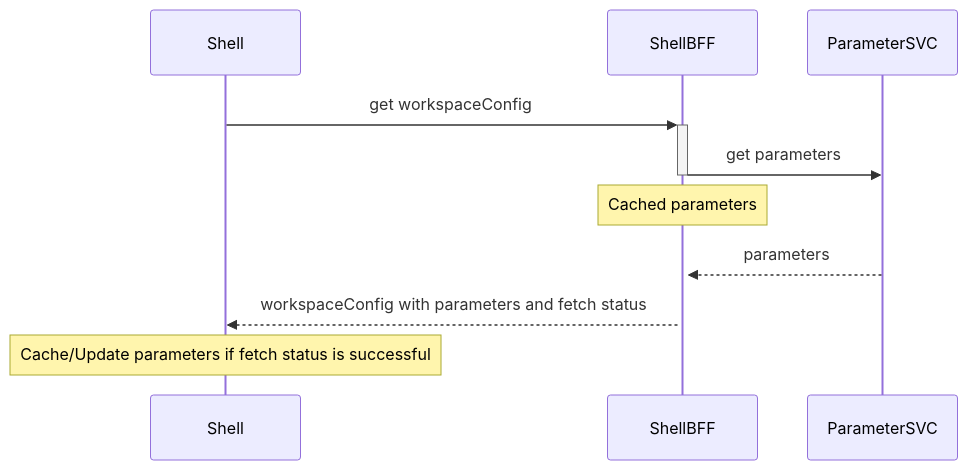
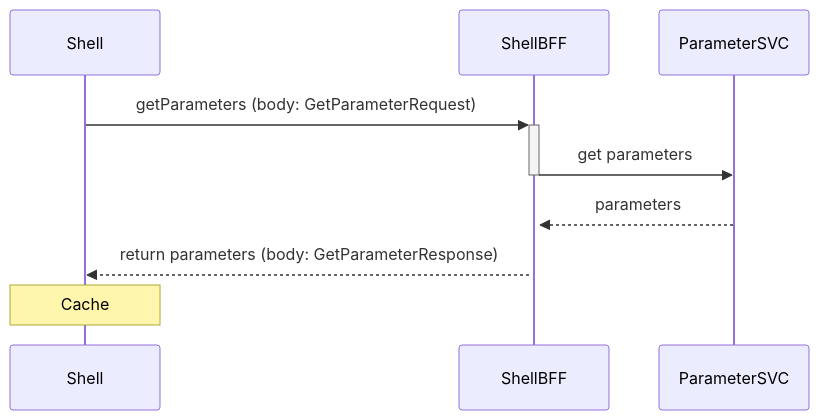
The diagram in docs/modules/general/pages/concept.adoc (onecx/onecx-parameter), drawn with Mermaid before and after one commit. The commit also changed other lines of this file, not shown here.

```diff
--- a/docs/modules/general/pages/concept.adoc
+++ b/docs/modules/general/pages/concept.adoc
@@ -11,10 +16,9 @@
 [mermaid]
 ....
  sequenceDiagram
-    Shell->>+ShellBFF: get workspaceConfig
+    Shell->>+ShellBFF: getParameters (body: GetParameterRequest)
     ShellBFF->>-ParameterSVC: get parameters
-    Note over ShellBFF: Cached parameters
     ParameterSVC-->>+ShellBFF: parameters
-    ShellBFF-->>Shell: workspaceConfig with parameters and fetch status
-    Note over Shell: Cache/Update parameters if fetch status is successful 
+    ShellBFF-->>Shell: return parameters (body: GetParameterResponse)
+    Note over Shell: Cache
 ....
```
